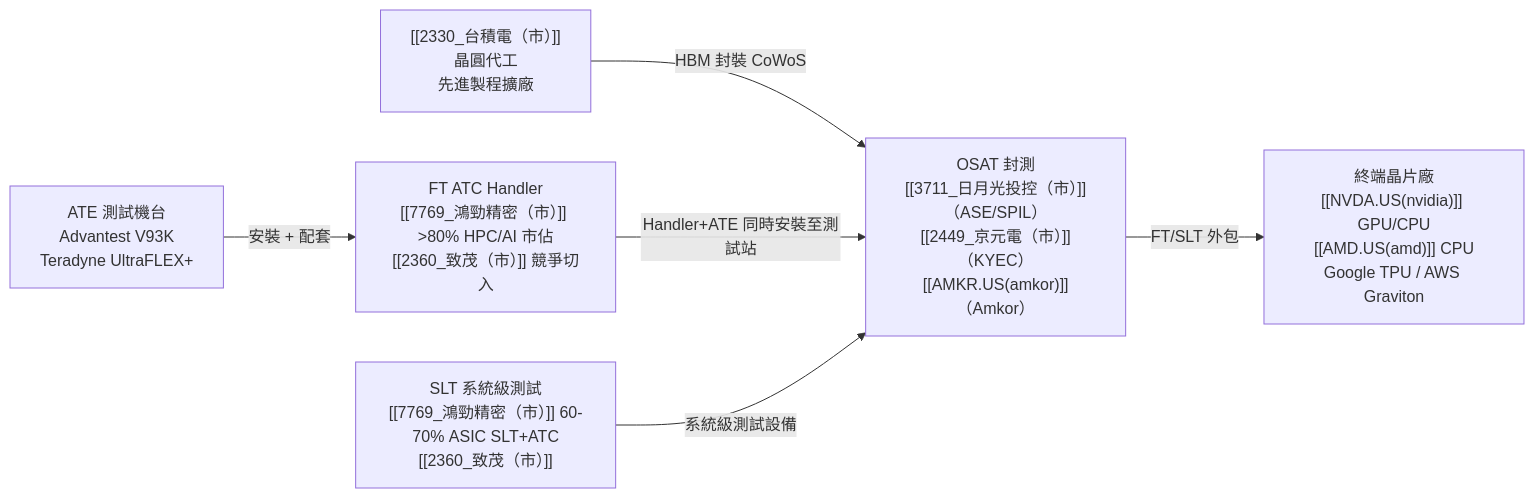
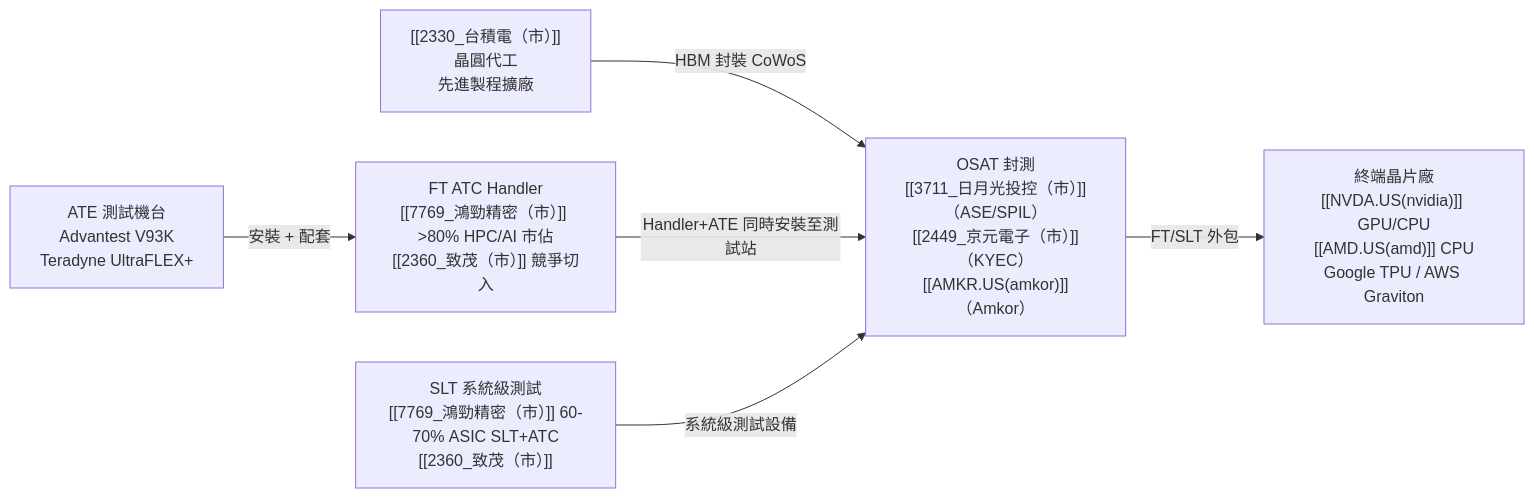
Before and after one commit to kevn950324/wiki_Stockv2: the diagram in content/lib/3.supply_chain/供應鏈_半導體測試設備.md, drawn with Mermaid. The commit also changed other lines of this file and 663 other files, not shown here.

````diff
--- a/content/lib/3.supply_chain/供應鏈_半導體測試設備.md
+++ b/content/lib/3.supply_chain/供應鏈_半導體測試設備.md
@@ -24,15 +27,15 @@
 ```mermaid
 flowchart LR
     TSMC["[[2330_台積電（市）]]<br/>晶圓代工<br/>先進製程擴廠"]
-    OSAT["OSAT 封測<br/>[[3711_日月光投控（市）]]（ASE/SPIL）<br/>[[2449_京元電（市）]]（KYEC）<br/>[[AMKR.US(amkor)]]（Amkor）"]
+    OSAT["OSAT 封測<br/>[[3711_日月光投控（市）]]（ASE/SPIL）<br/>[[2449_京元電子（市）]]（KYEC）<br/>[[AMKR.US(amkor)]]（Amkor）"]
     ATE["ATE 測試機台<br/>Advantest V93K<br/>Teradyne UltraFLEX+"]
     Handler["FT ATC Handler<br/>[[7769_鴻勁精密（市）]] >80% HPC/AI 市佔<br/>[[2360_致茂（市）]] 競爭切入"]
     SLT["SLT 系統級測試<br/>[[7769_鴻勁精密（市）]] 60-70% ASIC SLT+ATC<br/>[[2360_致茂（市）]]"]
     CHIP["終端晶片廠<br/>[[NVDA.US(nvidia)]] GPU/CPU<br/>[[AMD.US(amd)]] CPU<br/>Google TPU / AWS Graviton"]
 
     TSMC -->|"HBM 封裝 CoWoS"| OSAT
     ATE -->|"安裝 + 配套"| Handler
     Handler -->|"Handler+ATE 同時安裝至測試站"| OSAT
     SLT -->|"系統級測試設備"| OSAT
     OSAT -->|"FT/SLT 外包"| CHIP
 ```
````
